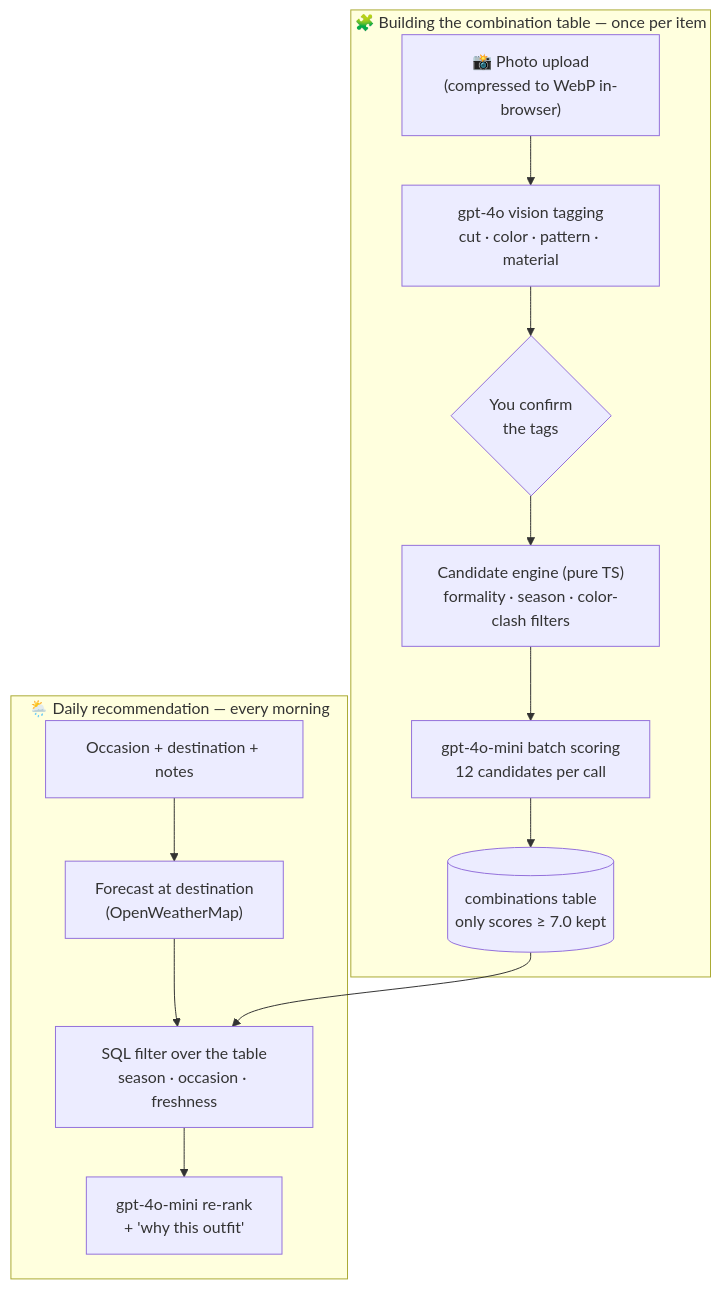
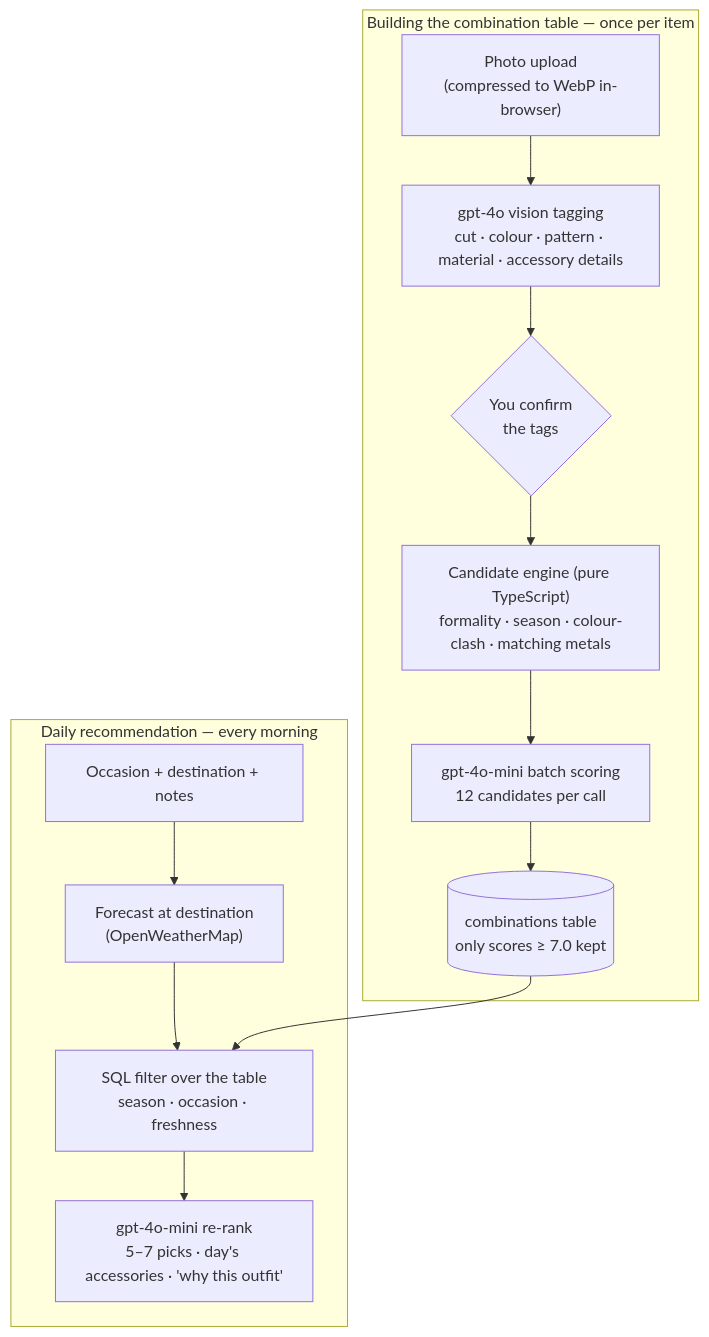
One commit to roldanalex/fashion-helper-app changed the second of 4 diagrams in README.md. Above: the diagram before and after it, drawn with Mermaid. The commit also changed other lines of this file and 40 other files, not shown here.

````diff
--- a/README.md
+++ b/README.md
@@ -75,18 +165,18 @@
 ```mermaid
 flowchart TD
-    subgraph build["🧩 Building the combination table — once per item"]
-        A["📸 Photo upload<br/>(compressed to WebP in-browser)"] --> B["gpt-4o vision tagging<br/>cut · color · pattern · material"]
+    subgraph build["Building the combination table — once per item"]
+        A["Photo upload<br/>(compressed to WebP in-browser)"] --> B["gpt-4o vision tagging<br/>cut · colour · pattern · material · accessory details"]
         B --> C{"You confirm<br/>the tags"}
-        C --> D["Candidate engine (pure TS)<br/>formality · season · color-clash filters"]
+        C --> D["Candidate engine (pure TypeScript)<br/>formality · season · colour-clash · matching metals"]
         D --> E["gpt-4o-mini batch scoring<br/>12 candidates per call"]
         E --> F[("combinations table<br/>only scores ≥ 7.0 kept")]
     end
 
-    subgraph daily["🌦️ Daily recommendation — every morning"]
+    subgraph daily["Daily recommendation — every morning"]
         G["Occasion + destination + notes"] --> H["Forecast at destination<br/>(OpenWeatherMap)"]
         H --> I["SQL filter over the table<br/>season · occasion · freshness"]
-        I --> J["gpt-4o-mini re-rank<br/>+ 'why this outfit'"]
+        I --> J["gpt-4o-mini re-rank<br/>5–7 picks · day's accessories · 'why this outfit'"]
     end
 
     F --> I
 ```
````
